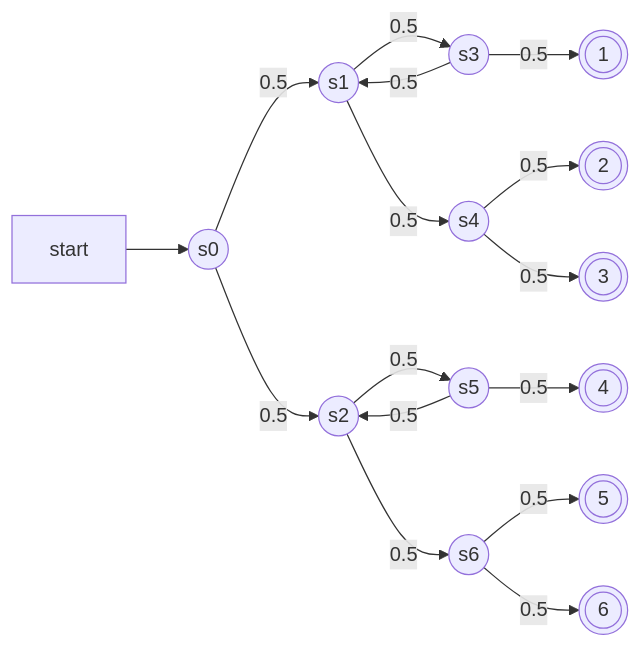
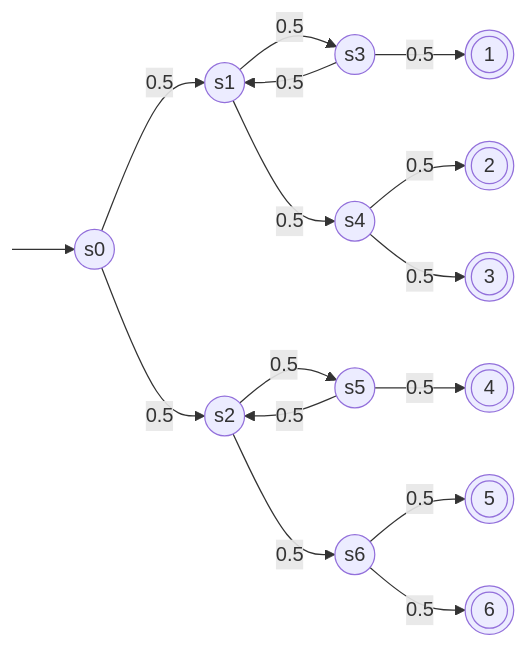
Before and after one commit to WanakitsamphanTh/stochastic-rust: the diagram in README.md, drawn with Mermaid.

````diff
--- a/README.md
+++ b/README.md
@@ -2,18 +2,19 @@
 ```mermaid
 flowchart LR
+    classDef hidden display: none;
     start:::hidden --> s0((s0))
     s0 --0.5--> s1((s1))
     s0 --0.5--> s2((s2))
     s1 --0.5--> s3((s3))
     s1 --0.5--> s4((s4))
     s3 --0.5--> s1
     s3 --0.5--> 1@{ shape: dbl-circ, label: "1" }
     s4 --0.5--> 2@{ shape: dbl-circ, label: "2" }
     s4 --0.5--> 3@{ shape: dbl-circ, label: "3" }
     s2 --0.5--> s5((s5))
     s2 --0.5--> s6((s6))
     s5 --0.5--> s2
     s5 --0.5--> 4@{ shape: dbl-circ, label: "4" }
     s6 --0.5--> 5@{ shape: dbl-circ, label: "5" }
     s6 --0.5--> 6@{ shape: dbl-circ, label: "6" }
 ```
````
